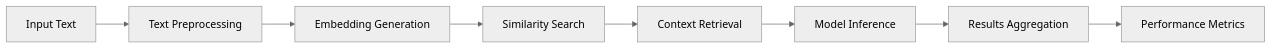
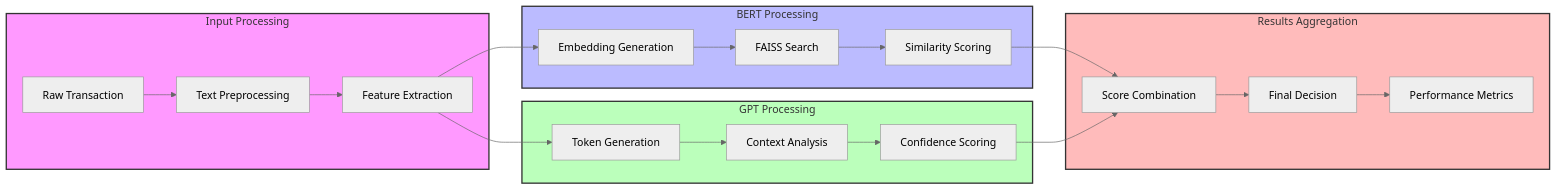
The third of 5 diagrams in README.md (Jencheng1/bert-nlp-for-fraud-rag), drawn with Mermaid (neutral theme) before and after one commit. The commit also changed other lines of this file, not shown here.

````diff
--- a/README.md
+++ b/README.md
@@ -31,10 +72,31 @@
 ```mermaid
 graph LR
-    A[Input Text] --> B[Text Preprocessing]
-    B --> C[Embedding Generation]
-    C --> D[Similarity Search]
-    D --> E[Context Retrieval]
-    E --> F[Model Inference]
-    F --> G[Results Aggregation]
-    G --> H[Performance Metrics]
+    subgraph Input[Input Processing]
+        A[Raw Transaction] --> B[Text Preprocessing]
+        B --> C[Feature Extraction]
+    end
+
+    subgraph BERT_Flow[BERT Processing]
+        C --> D[Embedding Generation]
+        D --> E[FAISS Search]
+        E --> F[Similarity Scoring]
+    end
+
+    subgraph GPT_Flow[GPT Processing]
+        C --> G[Token Generation]
+        G --> H[Context Analysis]
+        H --> I[Confidence Scoring]
+    end
+
+    subgraph Results[Results Aggregation]
+        F --> J[Score Combination]
+        I --> J
+        J --> K[Final Decision]
+        K --> L[Performance Metrics]
+    end
+
+    style Input fill:#f9f,stroke:#333,stroke-width:2px
+    style BERT_Flow fill:#bbf,stroke:#333,stroke-width:2px
+    style GPT_Flow fill:#bfb,stroke:#333,stroke-width:2px
+    style Results fill:#fbb,stroke:#333,stroke-width:2px
 ```
````
